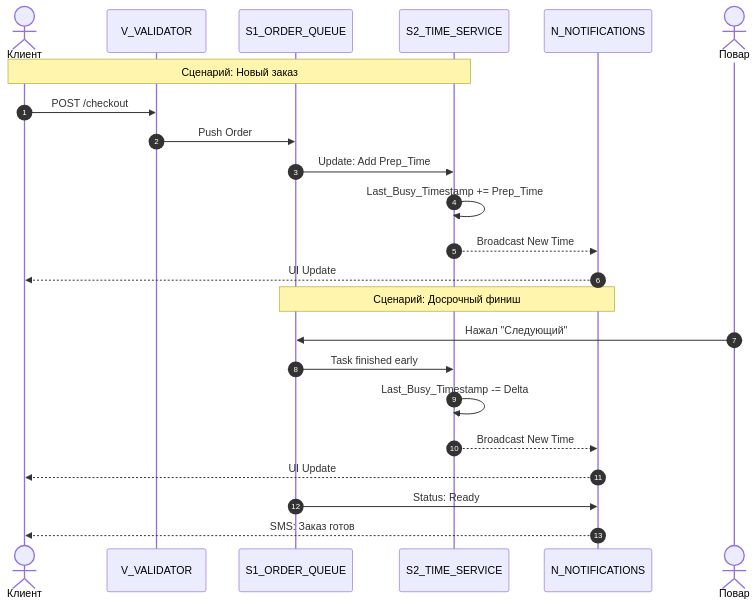
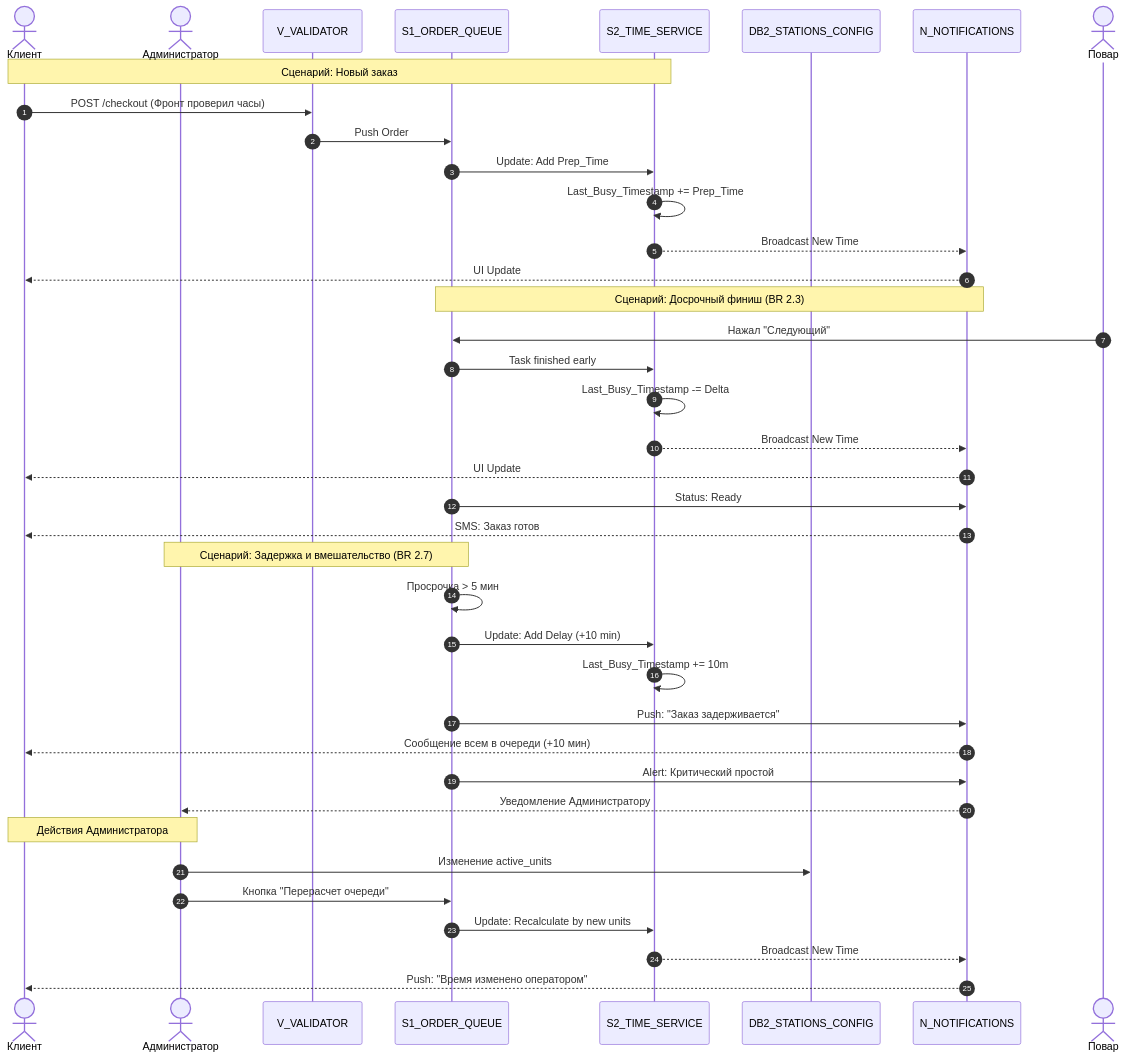
The second of 4 diagrams in docs/EPIC_01_Ordering.md (WGexe/KitchenSync), drawn with Mermaid before and after one commit. The commit also changed other lines of this file and 1 other file, not shown here.

Commit message:
Manifold logic updates, add diagrams and BR 2.9

````diff
--- a/docs/EPIC_01_Ordering.md
+++ b/docs/EPIC_01_Ordering.md
@@ -112,29 +145,47 @@
 ```mermaid
 sequenceDiagram
     autonumber
     actor C as Клиент
+    actor A as Администратор
     participant V as V_VALIDATOR
     participant S1 as S1_ORDER_QUEUE
     participant S2 as S2_TIME_SERVICE
+    participant DB2 as DB2_STATIONS_CONFIG
     participant N as N_NOTIFICATIONS
 
     Note over C, S2: Сценарий: Новый заказ
-    C->>V: POST /checkout
+    C->>V: POST /checkout (Фронт проверил часы)
     V->>S1: Push Order
     S1->>S2: Update: Add Prep_Time
     S2->>S2: Last_Busy_Timestamp += Prep_Time
     S2-->>N: Broadcast New Time
     N-->>C: UI Update
 
-    Note over S1, N: Сценарий: Досрочный финиш
+    Note over S1, N: Сценарий: Досрочный финиш (BR 2.3)
     actor Chef as Повар
     Chef->>S1: Нажал "Следующий"
     S1->>S2: Task finished early
     S2->>S2: Last_Busy_Timestamp -= Delta
     S2-->>N: Broadcast New Time
     N-->>C: UI Update
     S1->>N: Status: Ready
     N-->>C: SMS: Заказ готов
 
+    Note over S1, A: Сценарий: Задержка и вмешательство (BR 2.7)
+    S1->>S1: Просрочка > 5 мин
+    S1->>S2: Update: Add Delay (+10 min)
+    S2->>S2: Last_Busy_Timestamp += 10m
+    S1->>N: Push: "Заказ задерживается"
+    N-->>C: Сообщение всем в очереди (+10 мин)
+    S1->>N: Alert: Критический простой
+    N-->>A: Уведомление Администратору
+    
+    Note over A, C: Действия Администратора
+    A->>DB2: Изменение active_units
+    A->>S1: Кнопка "Перерасчет очереди"
+    S1->>S2: Update: Recalculate by new units
+    S2-->>N: Broadcast New Time
+    N-->>C: Push: "Время изменено оператором"
+
 
 ```
````
